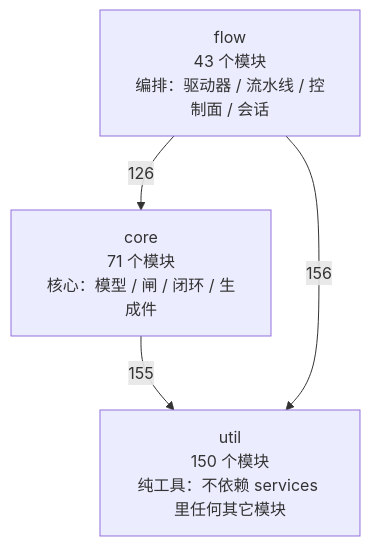
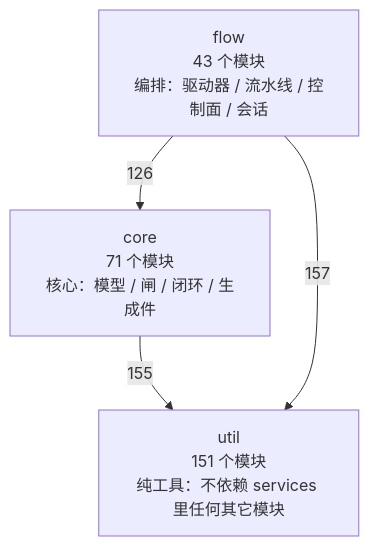
The first of 4 diagrams in docs/SlideRule V6.2 架构图（自动生成）.md (2686521696/WhyBuddy), drawn with Mermaid before and after one commit. The commit also changed other lines of this file and 11 other files, not shown here.

````diff
--- a/docs/SlideRule V6.2 架构图（自动生成）.md
+++ b/docs/SlideRule V6.2 架构图（自动生成）.md
@@ -50,9 +50,9 @@
 ```mermaid
 flowchart TB
-  util["util<br/>150 个模块<br/>纯工具：不依赖 services 里任何其它模块"]
+  util["util<br/>151 个模块<br/>纯工具：不依赖 services 里任何其它模块"]
   core["core<br/>71 个模块<br/>核心：模型 / 闸 / 闭环 / 生成件"]
   flow["flow<br/>43 个模块<br/>编排：驱动器 / 流水线 / 控制面 / 会话"]
   core -->|155| util
   flow -->|126| core
-  flow -->|156| util
+  flow -->|157| util
 ```
````
